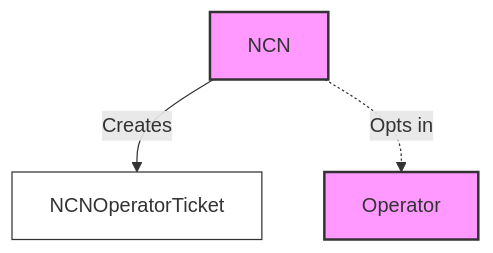
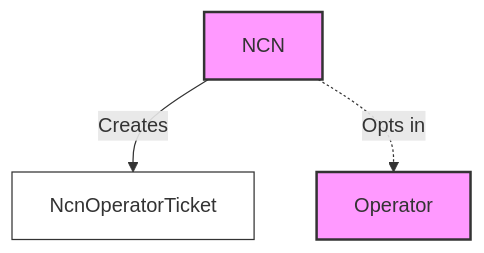
One commit to jito-foundation/restaking changed the second of 5 diagrams in docs/concepts/restaking_program.md. Above: the diagram before and after it, drawn with Mermaid. The commit also changed other lines of this file and 1 other file, not shown here.

````diff
--- a/docs/concepts/restaking_program.md
+++ b/docs/concepts/restaking_program.md
@@ -74,10 +74,10 @@
 ```mermaid
 graph TD
     classDef main fill: #f9f, stroke: #333, stroke-width: 2px;
     classDef ticket fill: #fff, stroke: #333, stroke-width: 1px;
     NCN[NCN]:::main
     Operator[Operator]:::main
-    NcnOperatorTicket[NCNOperatorTicket]:::ticket
+    NcnOperatorTicket[NcnOperatorTicket]:::ticket
     NCN -->|Creates| NcnOperatorTicket
     NCN -.->|Opts in| Operator
 ```
````
